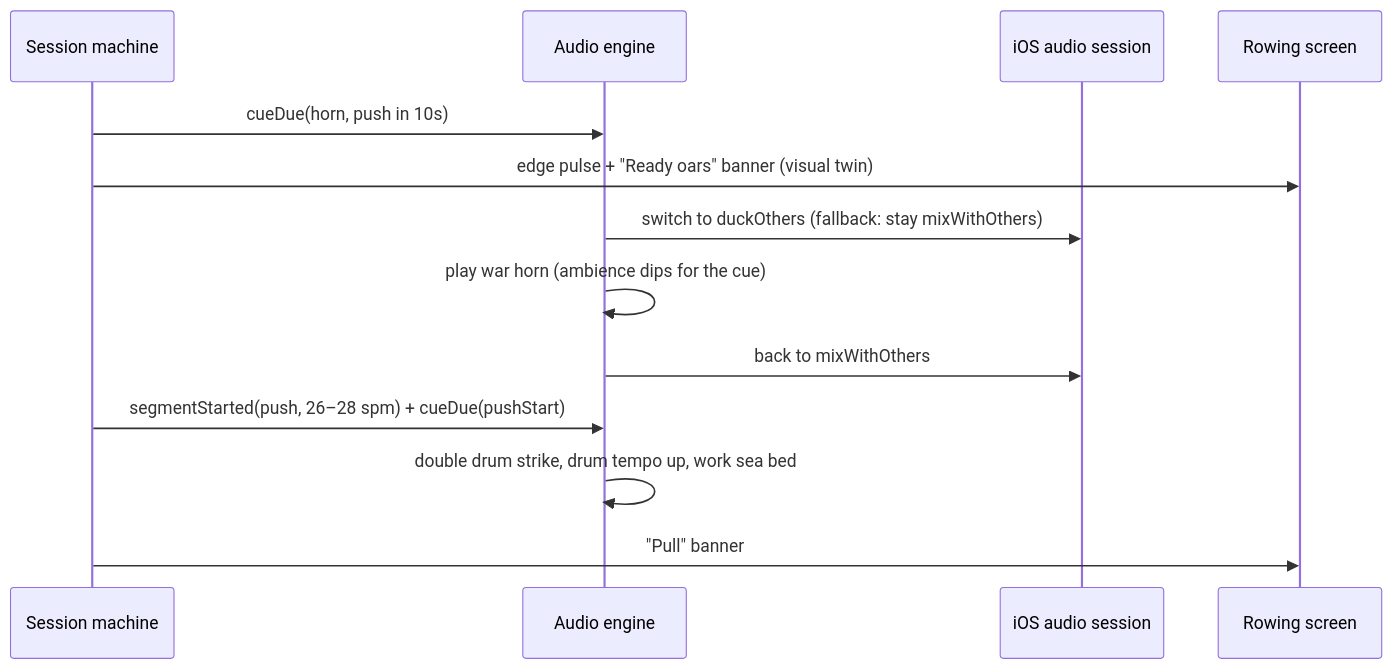
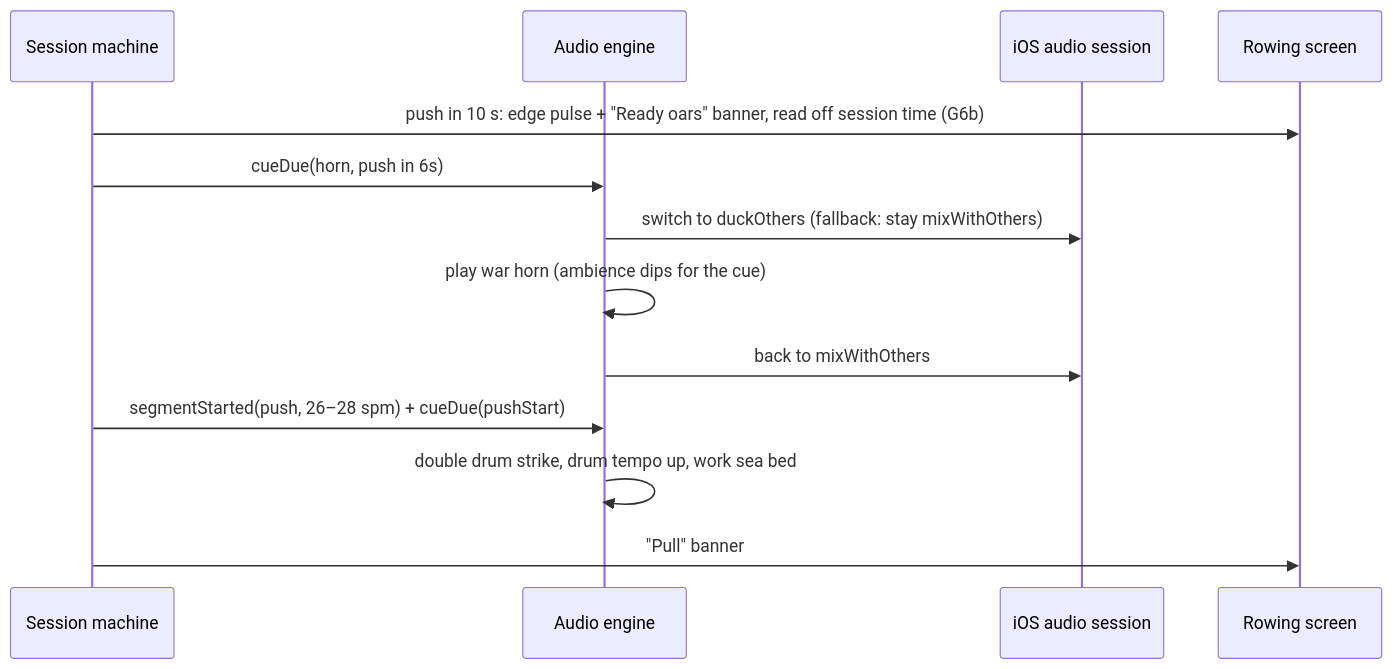
One commit to dsh971/Nord4x4 changed the third of 3 diagrams in docs/plans/2026-10-29-001-feat-nor4x4-expo-rebuild-plan.md. Above: the diagram before and after it, drawn with Mermaid. The commit also changed other lines of this file and 26 other files, not shown here.

````diff
--- a/docs/plans/2026-10-29-001-feat-nor4x4-expo-rebuild-plan.md
+++ b/docs/plans/2026-10-29-001-feat-nor4x4-expo-rebuild-plan.md
@@ -258,15 +258,15 @@
 ```mermaid
 sequenceDiagram
   participant SM as Session machine
   participant AE as Audio engine
   participant OS as iOS audio session
   participant UI as Rowing screen
-  SM->>AE: cueDue(horn, push in 10s)
-  SM->>UI: edge pulse + "Ready oars" banner (visual twin)
+  SM->>UI: push in 10 s: edge pulse + "Ready oars" banner, read off session time (G6b)
+  SM->>AE: cueDue(horn, push in 6s)
   AE->>OS: switch to duckOthers (fallback: stay mixWithOthers)
   AE->>AE: play war horn (ambience dips for the cue)
   AE->>OS: back to mixWithOthers
   SM->>AE: segmentStarted(push, 26–28 spm) + cueDue(pushStart)
   AE->>AE: double drum strike, drum tempo up, work sea bed
   SM->>UI: "Pull" banner
 ```
````
